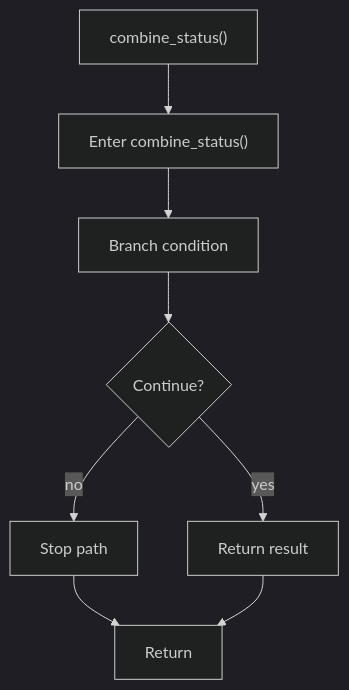
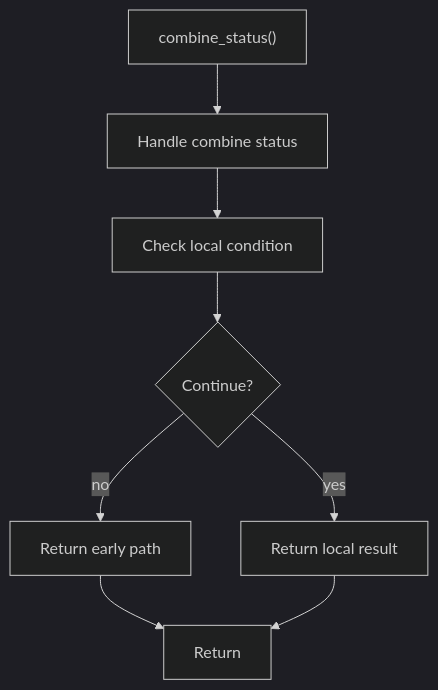
Before and after one commit to JohnAndrewBalbarosa/NeoTerritory: the diagram in docs/Codebase/Microservice/Modules/Source/HashingMechanism/HashLinks/Common/Flow/functions/combine_status.cpp.md, drawn with Mermaid (dark theme). The commit also changed other lines of this file and 915 other files, not shown here.

````diff
--- a/docs/Codebase/Microservice/Modules/Source/HashingMechanism/HashLinks/Common/Flow/functions/combine_status.cpp.md
+++ b/docs/Codebase/Microservice/Modules/Source/HashingMechanism/HashLinks/Common/Flow/functions/combine_status.cpp.md
@@ -17,17 +17,17 @@
 ```mermaid
 flowchart TD
     Start["combine_status()"]
-    N0["Enter combine_status()"]
-    N1["Branch condition"]
+    N0["Handle combine status"]
+    N1["Check local condition"]
     D1{"Continue?"}
-    R1["Stop path"]
-    N2["Return result"]
+    R1["Return early path"]
+    N2["Return local result"]
     End["Return"]
     Start --> N0
     N0 --> N1
     N1 --> D1
     D1 -->|yes| N2
     D1 -->|no| R1
     R1 --> End
     N2 --> End
 ```
````
